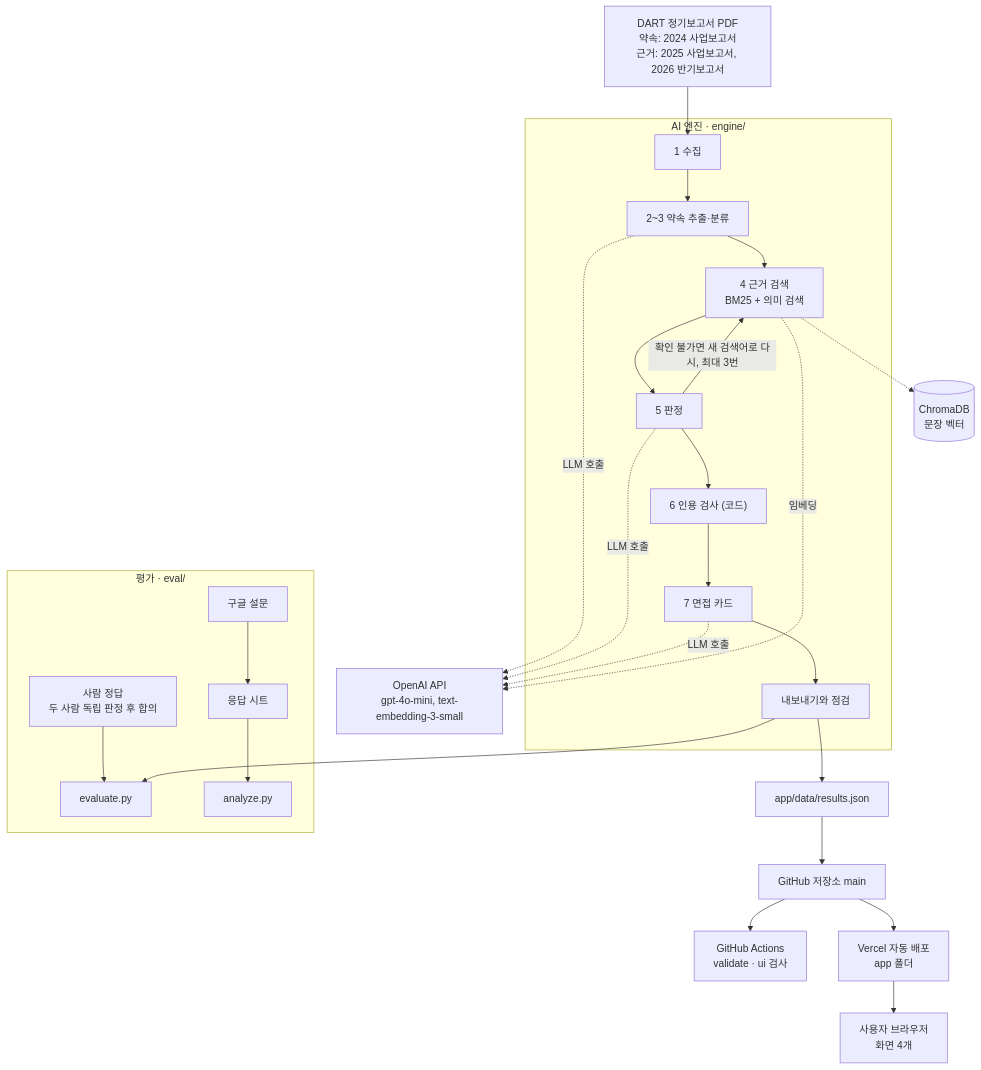
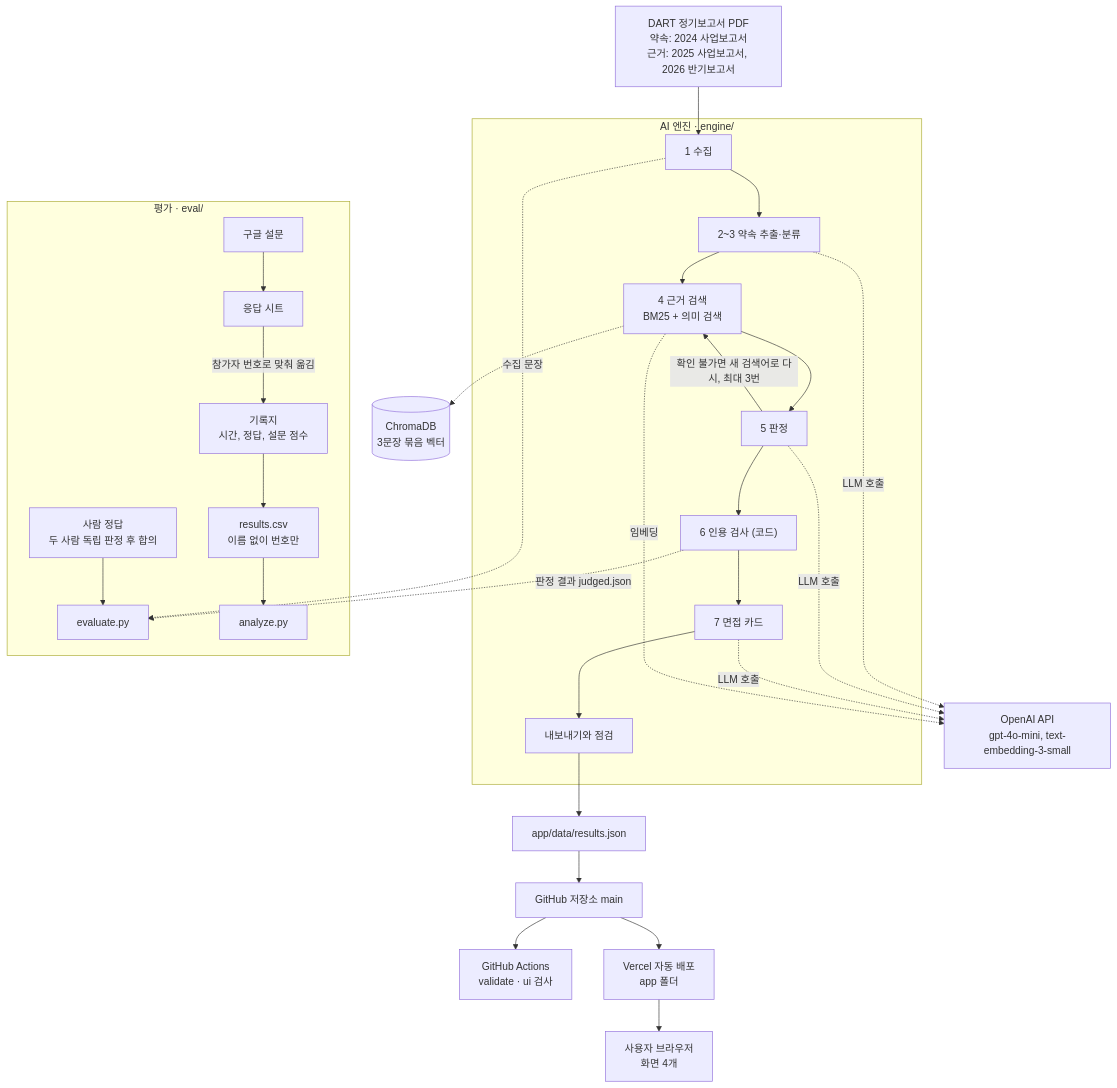
Before and after one commit to Sungtae10/ai-promise: the diagram in docs/requirements.md, drawn with Mermaid. The commit also changed other lines of this file and 4 other files, not shown here.

````diff
--- a/docs/requirements.md
+++ b/docs/requirements.md
@@ -126,23 +128,24 @@
 ```mermaid
 flowchart TB
   PDF["DART 정기보고서 PDF<br/>약속: 2024 사업보고서<br/>근거: 2025 사업보고서, 2026 반기보고서"]
   subgraph ENGINE["AI 엔진 · engine/"]
     S1["1 수집"] --> S2["2~3 약속 추출·분류"] --> S4["4 근거 검색<br/>BM25 + 의미 검색"] --> S5["5 판정"]
     S5 -- "확인 불가면 새 검색어로 다시, 최대 3번" --> S4
     S5 --> S6["6 인용 검사 (코드)"] --> S7["7 면접 카드"] --> EXP["내보내기와 점검"]
   end
   OAI["OpenAI API<br/>gpt-4o-mini, text-embedding-3-small"]
-  VDB[("ChromaDB<br/>문장 벡터")]
+  VDB[("ChromaDB<br/>3문장 묶음 벡터")]
   PDF --> S1
   S2 & S5 & S7 -. "LLM 호출" .-> OAI
   S4 -. "임베딩" .-> OAI
   S4 -.-> VDB
   EXP --> RES["app/data/results.json"] --> GH["GitHub 저장소 main"]
   GH --> CI["GitHub Actions<br/>validate · ui 검사"]
   GH --> VC["Vercel 자동 배포<br/>app 폴더"] --> USER["사용자 브라우저<br/>화면 4개"]
   subgraph EVAL["평가 · eval/"]
     GOLD["사람 정답<br/>두 사람 독립 판정 후 합의"] --> EV["evaluate.py"]
-    FORM["구글 설문"] --> SHEET["응답 시트"] --> UT["analyze.py"]
+    FORM["구글 설문"] --> SHEET["응답 시트"] -- "참가자 번호로 맞춰 옮김" --> REC["기록지<br/>시간, 정답, 설문 점수"] --> CSV["results.csv<br/>이름 없이 번호만"] --> UT["analyze.py"]
   end
-  EXP --> EV
+  S6 -. "판정 결과 judged.json" .-> EV
+  S1 -. "수집 문장" .-> EV
 ```
````
